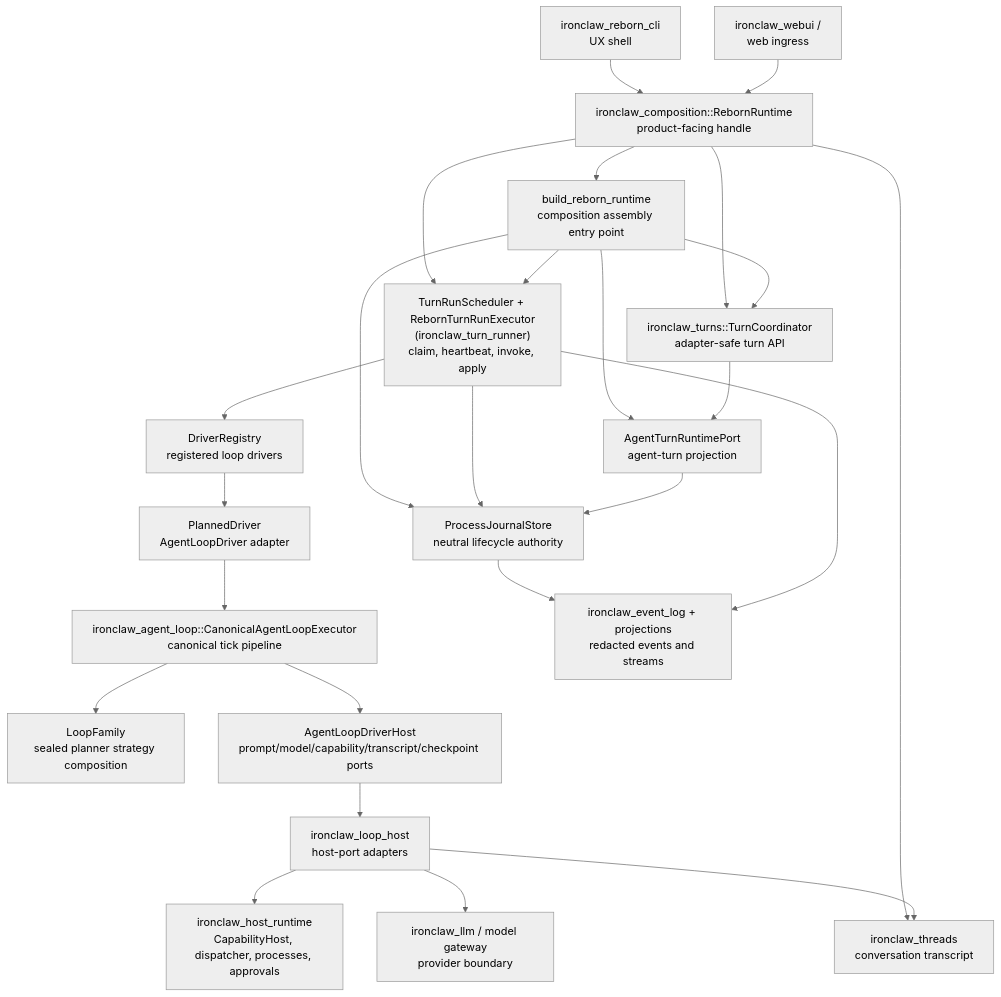
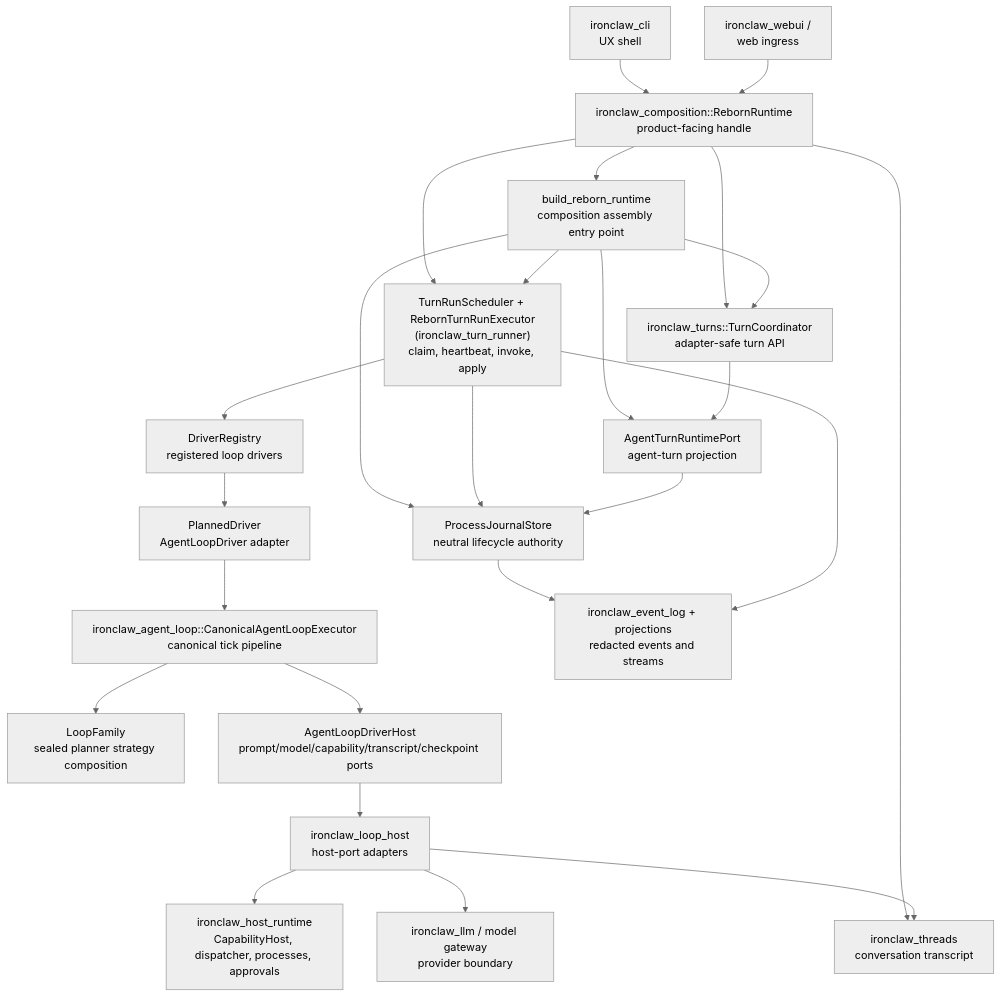
Before and after one commit to linhongyu510/ironclaw: the second of 7 diagrams in crates/Architecture.md, drawn with Mermaid (neutral theme). The commit also changed other lines of this file and 32 other files, not shown here.

````diff
--- a/crates/Architecture.md
+++ b/crates/Architecture.md
@@ -290,46 +290,46 @@
 ```mermaid
 flowchart TD
-    CLI["ironclaw_reborn_cli\nUX shell"]
+    CLI["ironclaw_cli\nUX shell"]
     WebUI["ironclaw_webui /\nweb ingress"]
     Runtime["ironclaw_composition::RebornRuntime\nproduct-facing handle"]
     Factory["build_reborn_runtime\ncomposition assembly entry point"]
     Coordinator["ironclaw_turns::TurnCoordinator\nadapter-safe turn API"]
     Processes["ProcessJournalStore\nneutral lifecycle authority"]
     TurnView["AgentTurnRuntimePort\nagent-turn projection"]
     Worker["TurnRunScheduler + RebornTurnRunExecutor\n(ironclaw_turn_runner)\nclaim, heartbeat, invoke, apply"]
     Registry["DriverRegistry\nregistered loop drivers"]
     Planned["PlannedDriver\nAgentLoopDriver adapter"]
     Executor["ironclaw_agent_loop::CanonicalAgentLoopExecutor\ncanonical tick pipeline"]
     Family["LoopFamily\nsealed planner strategy composition"]
     Host["AgentLoopDriverHost\nprompt/model/capability/transcript/checkpoint ports"]
     LoopSupport["ironclaw_loop_host\nhost-port adapters"]
     HostRuntime["ironclaw_host_runtime\nCapabilityHost, dispatcher, processes, approvals"]
     LLM["ironclaw_llm / model gateway\nprovider boundary"]
     Threads["ironclaw_threads\nconversation transcript"]
     Events["ironclaw_event_log + projections\nredacted events and streams"]
 
     CLI --> Runtime
     WebUI --> Runtime
     Runtime --> Factory
     Runtime --> Threads
     Runtime --> Coordinator
     Runtime --> Worker
     Factory --> Coordinator
     Factory --> Processes
     Factory --> TurnView
     Factory --> Worker
     Worker --> Processes
     Worker --> Registry
     Registry --> Planned
     Planned --> Executor
     Executor --> Family
     Executor --> Host
     Host --> LoopSupport
     LoopSupport --> HostRuntime
     LoopSupport --> LLM
     LoopSupport --> Threads
     Coordinator --> TurnView
     TurnView --> Processes
     Processes --> Events
     Worker --> Events
 ```
````
